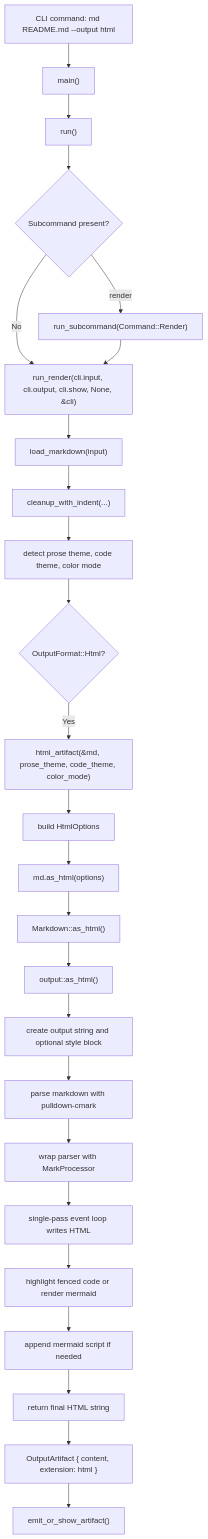
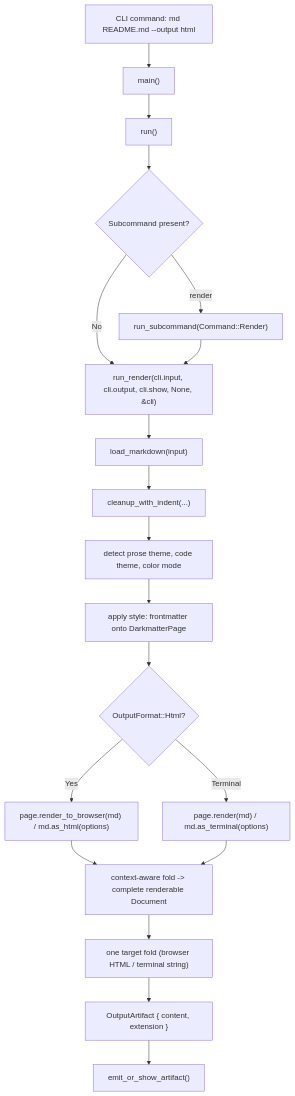
Before and after one commit to yankeeinlondon/rusty-biscuit: the second of 2 diagrams in darkmatter/docs/darkmatter-rendering-pipeline.md, drawn with Mermaid. The commit also changed other lines of this file and 4 other files, not shown here.

First line of the commit message:
docs(darkmatter): record context-aware fold cutover

````diff
--- a/darkmatter/docs/darkmatter-rendering-pipeline.md
+++ b/darkmatter/docs/darkmatter-rendering-pipeline.md
@@ -100,32 +101,25 @@
 ```mermaid
 flowchart TD
     A["CLI command: md README.md --output html"] --> B["main()"]
     B --> C["run()"]
     C --> D{"Subcommand present?"}
 
     D -- "No" --> E["run_render(cli.input, cli.output, cli.show, None, &cli)"]
     D -- "render" --> F["run_subcommand(Command::Render)"]
     F --> E
 
     E --> G["load_markdown(input)"]
     G --> H["cleanup_with_indent(...)"]
     H --> I["detect prose theme, code theme, color mode"]
-    I --> J{"OutputFormat::Html?"}
+    I --> J["apply style: frontmatter onto DarkmatterPage"]
+    J --> K{"OutputFormat::Html?"}
 
-    J -- "Yes" --> K["html_artifact(&md, prose_theme, code_theme, color_mode)"]
-    K --> L["build HtmlOptions"]
-    L --> M["md.as_html(options)"]
-    M --> N["Markdown::as_html()"]
-    N --> O["output::as_html()"]
+    K -- "Yes" --> L["page.render_to_browser(md) / md.as_html(options)"]
+    K -- "Terminal" --> M["page.render(md) / md.as_terminal(options)"]
 
-    O --> P["create output string and optional style block"]
-    P --> Q["parse markdown with pulldown-cmark"]
-    Q --> R["wrap parser with MarkProcessor"]
-    R --> S["single-pass event loop writes HTML"]
-    S --> T["highlight fenced code or render mermaid"]
-    T --> U["append mermaid script if needed"]
-    U --> V["return final HTML string"]
-
-    V --> W["OutputArtifact { content, extension: html }"]
-    W --> X["emit_or_show_artifact()"]
+    L --> N["context-aware fold -> complete renderable Document"]
+    M --> N
+    N --> O["one target fold (browser HTML / terminal string)"]
+    O --> P["OutputArtifact { content, extension }"]
+    P --> Q["emit_or_show_artifact()"]
 ```
````
